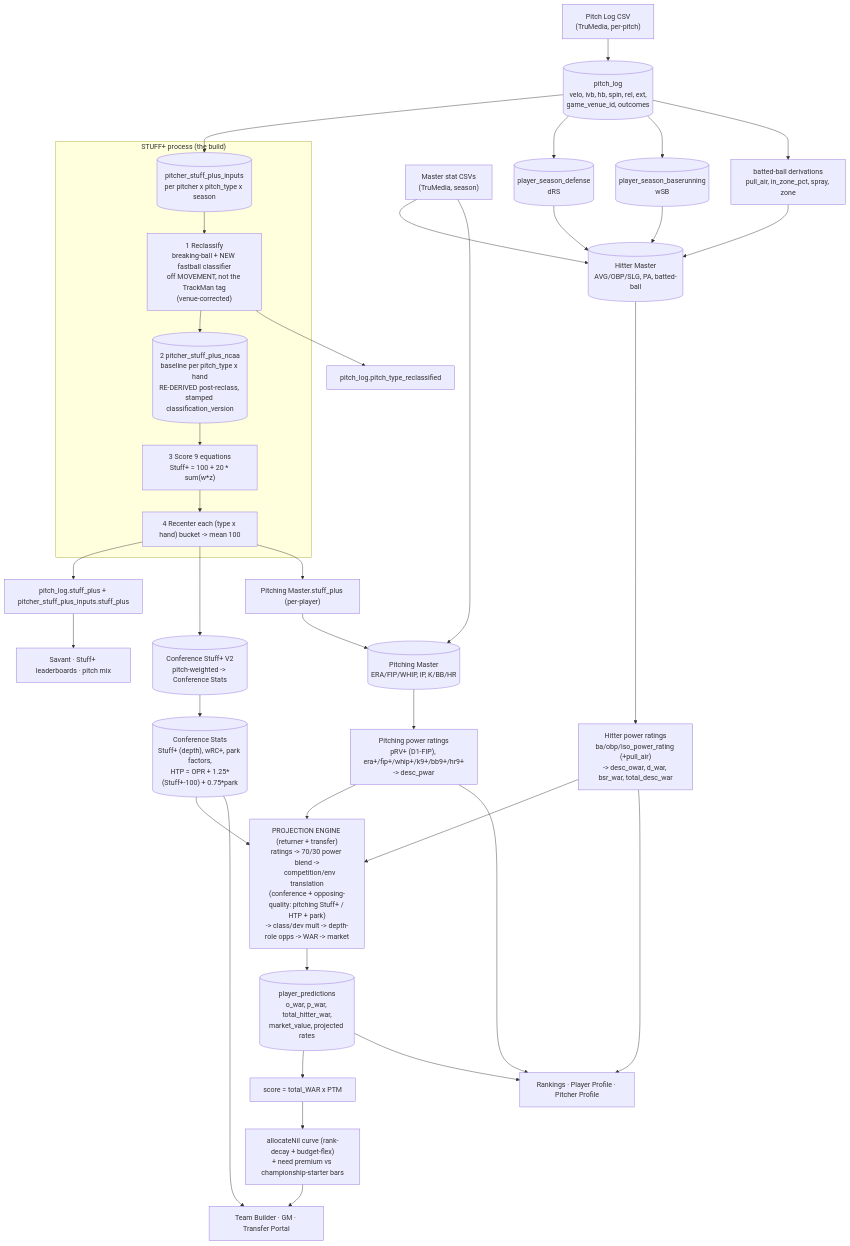
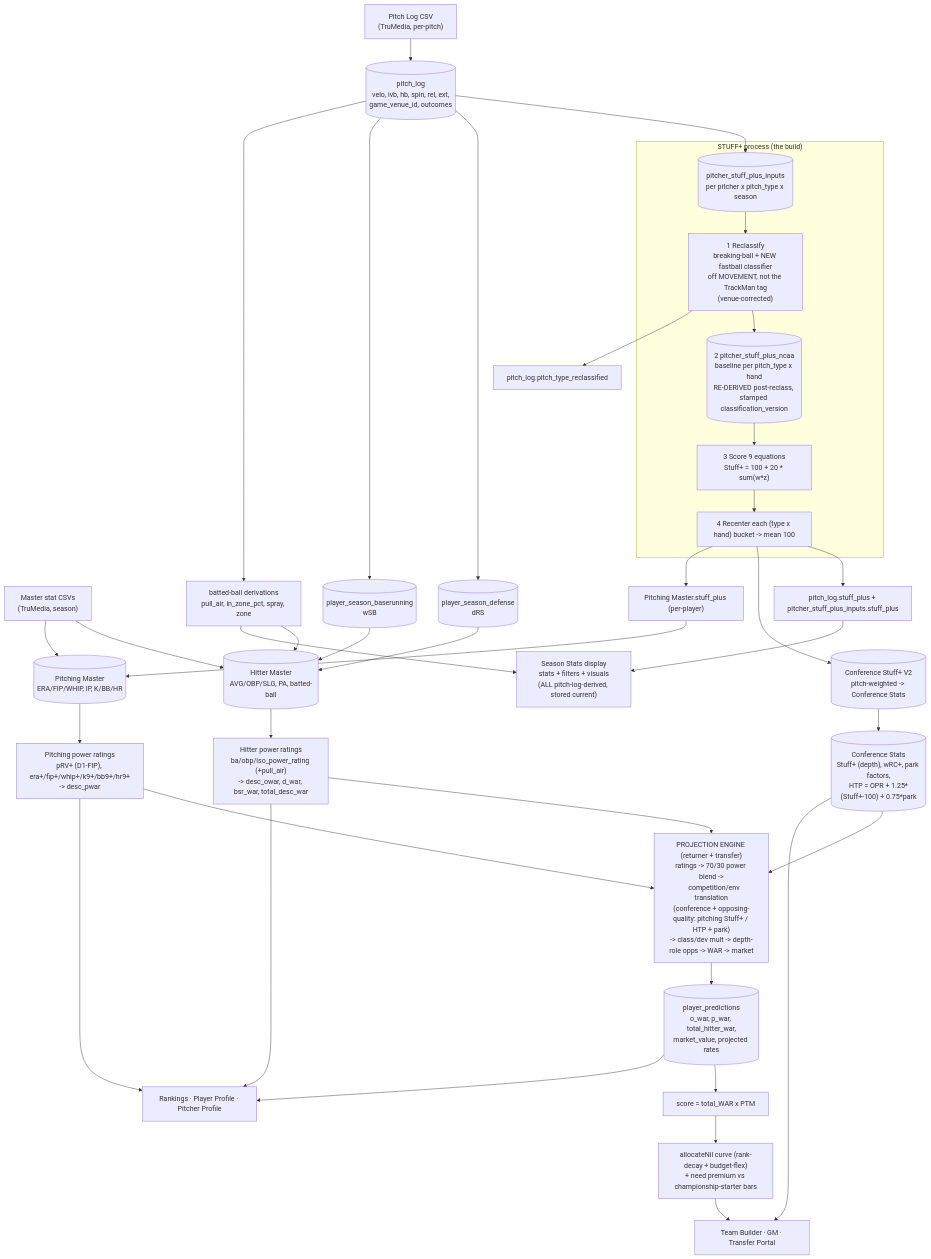
The diagram in docs/PIPELINE_pitch_log_to_projections.md (TrevorPowers21/diamond-predictor-66), drawn with Mermaid before and after one commit. The commit also changed other lines of this file and 1 other file, not shown here.

````diff
--- a/docs/PIPELINE_pitch_log_to_projections.md
+++ b/docs/PIPELINE_pitch_log_to_projections.md
@@ -9,57 +9,58 @@
 ```mermaid
 flowchart TD
     %% ---- INGEST (two lanes) ----
     CSV1["Pitch Log CSV<br/>(TruMedia, per-pitch)"] --> PL[("pitch_log<br/>velo, ivb, hb, spin, rel, ext,<br/>game_venue_id, outcomes")]
     CSV2["Master stat CSVs<br/>(TruMedia, season)"] --> HM[("Hitter Master<br/>AVG/OBP/SLG, PA, batted-ball")]
     CSV2 --> PMA[("Pitching Master<br/>ERA/FIP/WHIP, IP, K/BB/HR")]
 
     %% ---- DERIVE from pitch_log ----
     PL --> SPI[("pitcher_stuff_plus_inputs<br/>per pitcher x pitch_type x season")]
     PL --> DEF[("player_season_defense<br/>dRS")]
     PL --> BSR[("player_season_baserunning<br/>wSB")]
     PL --> HD["batted-ball derivations<br/>pull_air, in_zone_pct, spray, zone"]
 
     %% ---- STUFF+ process (THE BUILD) ----
     subgraph SP["STUFF+ process  (the build)"]
       SPI --> RC["1 Reclassify<br/>breaking-ball + NEW fastball classifier<br/>off MOVEMENT, not the TrackMan tag<br/>(venue-corrected)"]
       RC --> BASE[("2 pitcher_stuff_plus_ncaa<br/>baseline per pitch_type x hand<br/>RE-DERIVED post-reclass, stamped classification_version")]
       BASE --> SCORE["3 Score 9 equations<br/>Stuff+ = 100 + 20 * sum(w*z)"]
       SCORE --> RECEN["4 Recenter each (type x hand) bucket -> mean 100"]
     end
     RC --> PLR["pitch_log.pitch_type_reclassified"]
     RECEN --> PLSP["pitch_log.stuff_plus + pitcher_stuff_plus_inputs.stuff_plus"]
     RECEN --> CONFSP[("Conference Stuff+ V2<br/>pitch-weighted -> Conference Stats")]
     RECEN --> PMSP["Pitching Master.stuff_plus (per-player)"]
 
     %% ---- MARRY pitch-log derivations onto Masters ----
     HD --> HM
     DEF --> HM
     BSR --> HM
     PMSP --> PMA
 
     %% ---- POWER RATINGS (Masters) ----
     HM --> HRAT["Hitter power ratings<br/>ba/obp/iso_power_rating (+pull_air)<br/>-> desc_owar, d_war, bsr_war, total_desc_war"]
     PMA --> PRAT["Pitching power ratings<br/>pRV+ (D1-FIP), era+/fip+/whip+/k9+/bb9+/hr9+<br/>-> desc_pwar"]
 
     %% ---- CONFERENCE BASELINES ----
     CONFSP --> CB[("Conference Stats<br/>Stuff+ (depth), wRC+, park factors,<br/>HTP = OPR + 1.25*(Stuff+-100) + 0.75*park")]
 
     %% ---- PROJECTIONS (returner + transfer engine) ----
     HRAT --> ENG["PROJECTION ENGINE (returner + transfer)<br/>ratings -> 70/30 power blend ->
     competition/env translation<br/>(conference + opposing-quality: pitching Stuff+ / HTP + park)<br/>-> class/dev mult -> depth-role opps -> WAR -> market"]
     PRAT --> ENG
     CB --> ENG
     ENG --> PRED[("player_predictions<br/>o_war, p_war, total_hitter_war,<br/>market_value, projected rates")]
 
     %% ---- NIL + NEED ----
     PRED --> NSC["score = total_WAR x PTM"]
     NSC --> ALLOC["allocateNil curve (rank-decay + budget-flex)<br/>+ need premium vs championship-starter bars"]
 
     %% ---- DISPLAY ----
     PRED --> DR["Rankings · Player Profile · Pitcher Profile"]
-    PLSP --> DS["Savant · Stuff+ leaderboards · pitch mix"]
+    PLSP --> DS["Season Stats display<br/>stats + filters + visuals<br/>(ALL pitch-log-derived, stored current)"]
+    HD --> DS
     CB --> DT["Team Builder · GM · Transfer Portal"]
     ALLOC --> DT
     PRAT --> DR
     HRAT --> DR
 ```
````
